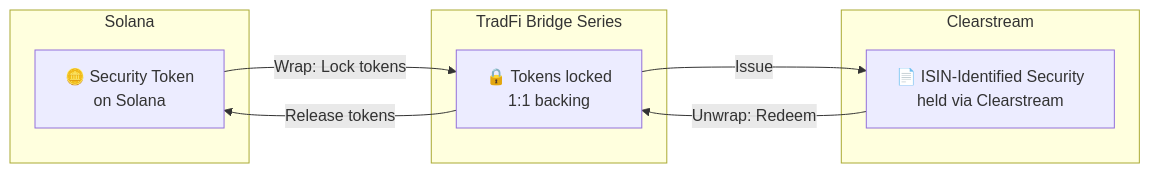
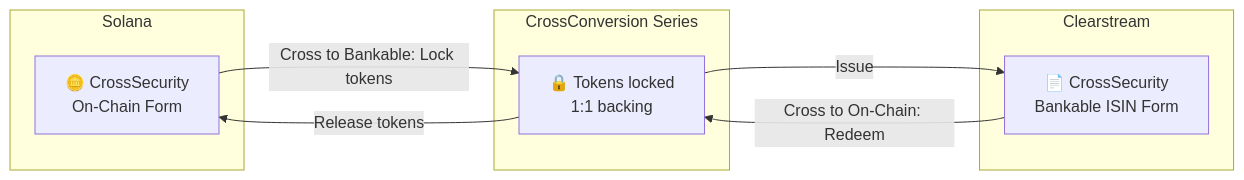
The seventh of 9 diagrams in hugo-site/content/whatsails.md (hrbrlife/sailsto_website), drawn with Mermaid before and after one commit. The commit also changed other lines of this file and 34 other files, not shown here.

```diff
--- a/hugo-site/content/whatsails.md
+++ b/hugo-site/content/whatsails.md
@@ -812,16 +814,16 @@
         <div class="mermaid">
         flowchart LR
             subgraph Solana
-                ST["🪙 Security Token<br/>on Solana"]
+                ST["🪙 CrossSecurity<br/>On-Chain Form"]
             end
-            subgraph IssuerLLC["TradFi Bridge Series"]
+            subgraph IssuerLLC["CrossConversion Series"]
                 LOCK["🔒 Tokens locked<br/>1:1 backing"]
             end
             subgraph Clearstream
-                ISIN["📄 ISIN-Identified Security<br/>held via Clearstream"]
+                ISIN["📄 CrossSecurity<br/>Bankable ISIN Form"]
             end
-            ST -->|Wrap: Lock tokens| LOCK
+            ST -->|Cross to Bankable: Lock tokens| LOCK
             LOCK -->|Issue| ISIN
-            ISIN -->|Unwrap: Redeem| LOCK
+            ISIN -->|Cross to On-Chain: Redeem| LOCK
             LOCK -->|Release tokens| ST
         </div>
```
